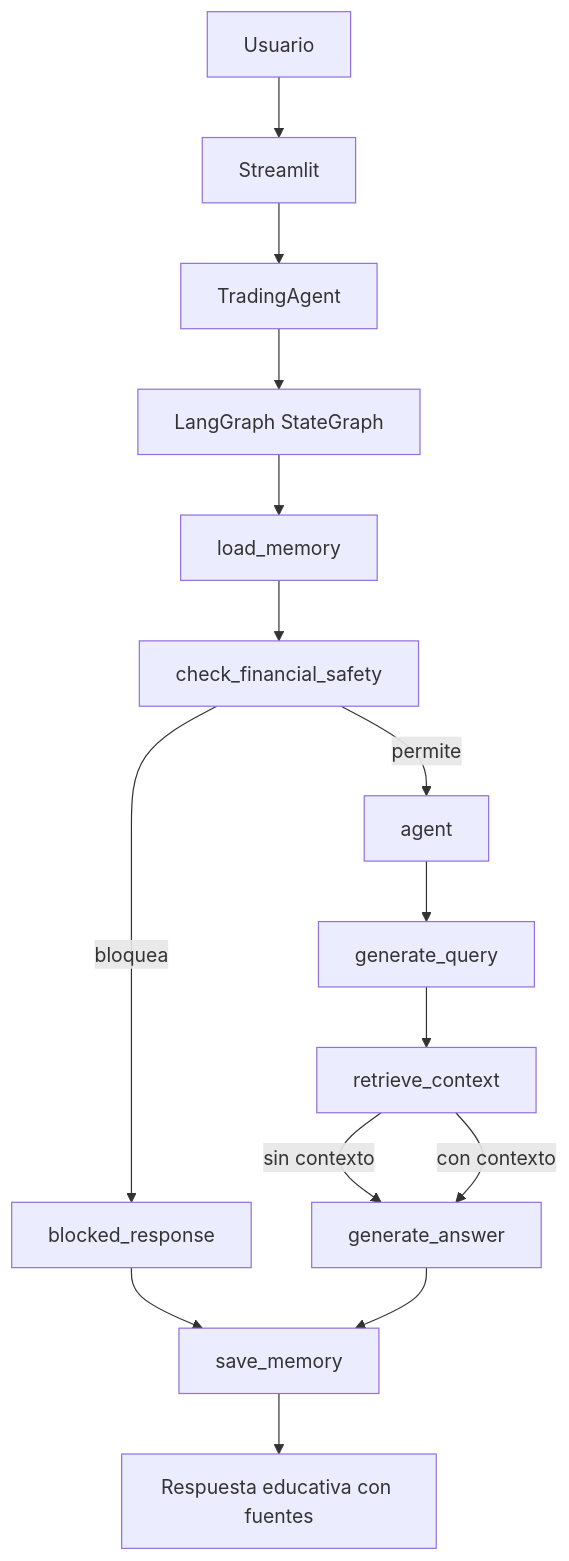
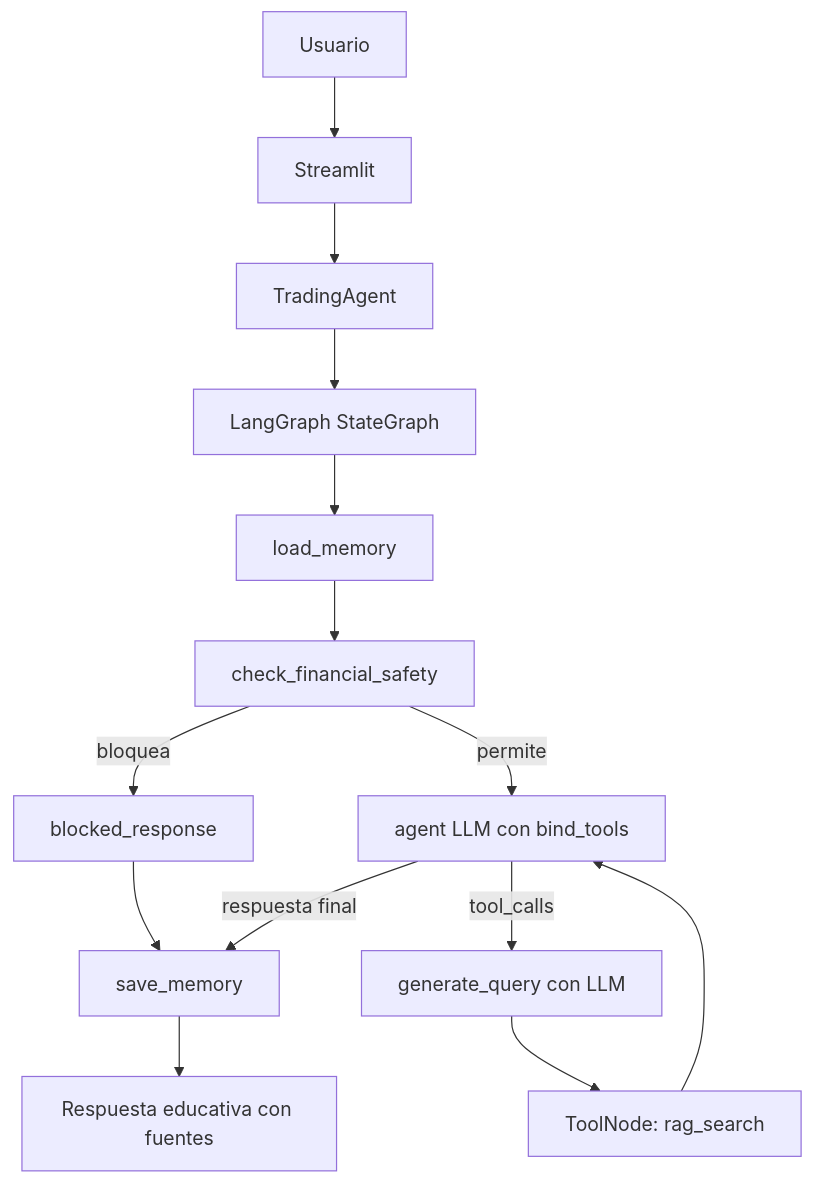
The diagram in README.md (Fergchis/NaviRag_Trading), drawn with Mermaid before and after one commit. The commit also changed other lines of this file and 14 other files, not shown here.

Commit message:
alinea agente ev2 con tools y toolnode del profesor

````diff
--- a/README.md
+++ b/README.md
@@ -21,17 +21,16 @@
 ```mermaid
 flowchart TD
     U[Usuario] --> S[Streamlit]
     S --> A[TradingAgent]
     A --> G[LangGraph StateGraph]
     G --> M[load_memory]
     M --> F[check_financial_safety]
     F -->|bloquea| B[blocked_response]
-    F -->|permite| P[agent]
-    P --> Q[generate_query]
-    Q --> R[retrieve_context]
-    R -->|sin contexto| W[generate_answer]
-    R -->|con contexto| W
+    F -->|permite| P[agent LLM con bind_tools]
+    P -->|tool_calls| Q[generate_query con LLM]
+    Q --> R[ToolNode: rag_search]
+    R --> P
     B --> SV[save_memory]
-    W --> SV
+    P -->|respuesta final| SV
     SV --> O[Respuesta educativa con fuentes]
 ```
````
